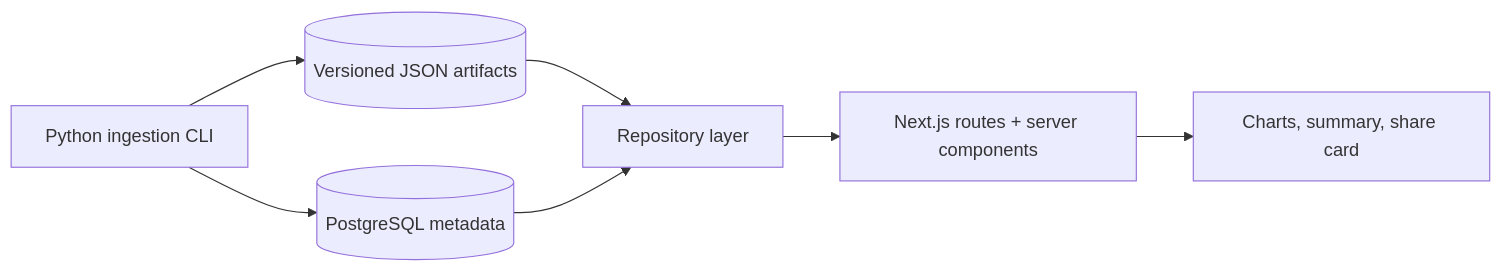
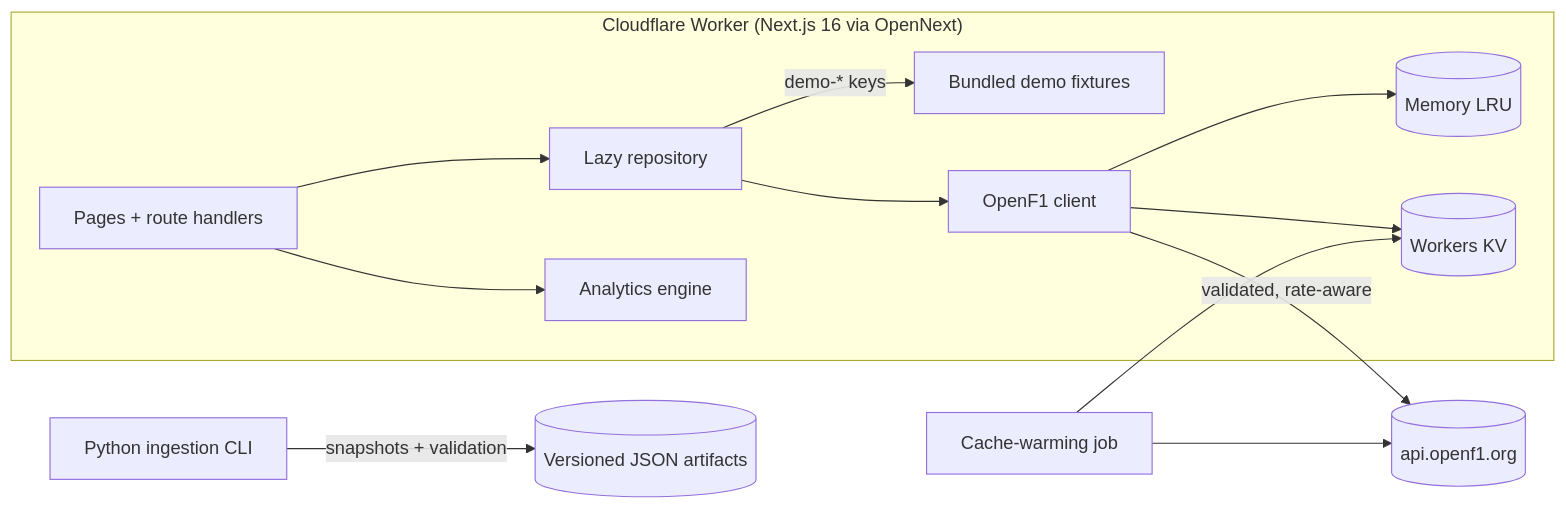
Before and after one commit to itzmahtab/Apex-Lab: the diagram in README.md, drawn with Mermaid. The commit also changed other lines of this file and 16 other files, not shown here.

First line of the commit message:
Stale-if-error caching, KV cache warming, README and docs

````diff
--- a/README.md
+++ b/README.md
@@ -73,9 +58,15 @@
 ```mermaid
 flowchart LR
-    ING[Python ingestion CLI] --> ART[(Versioned JSON artifacts)]
-    ING --> DB[(PostgreSQL metadata)]
-    ART --> REPO[Repository layer]
-    DB --> REPO
-    REPO --> API[Next.js routes + server components]
-    API --> UI[Charts, summary, share card]
+    subgraph Edge["Cloudflare Worker (Next.js 16 via OpenNext)"]
+      UI[Pages + route handlers] --> REPO[Lazy repository]
+      REPO -->|demo-* keys| FIX[Bundled demo fixtures]
+      REPO --> CLIENT[OpenF1 client]
+      CLIENT --> MEM[(Memory LRU)]
+      CLIENT --> KV[(Workers KV)]
+      UI --> ENGINE[Analytics engine]
+    end
+    CLIENT -->|validated, rate-aware| OPENF1[(api.openf1.org)]
+    WARM[Cache-warming job] --> KV
+    WARM --> OPENF1
+    PY[Python ingestion CLI] -->|snapshots + validation| ART[(Versioned JSON artifacts)]
 ```
````
